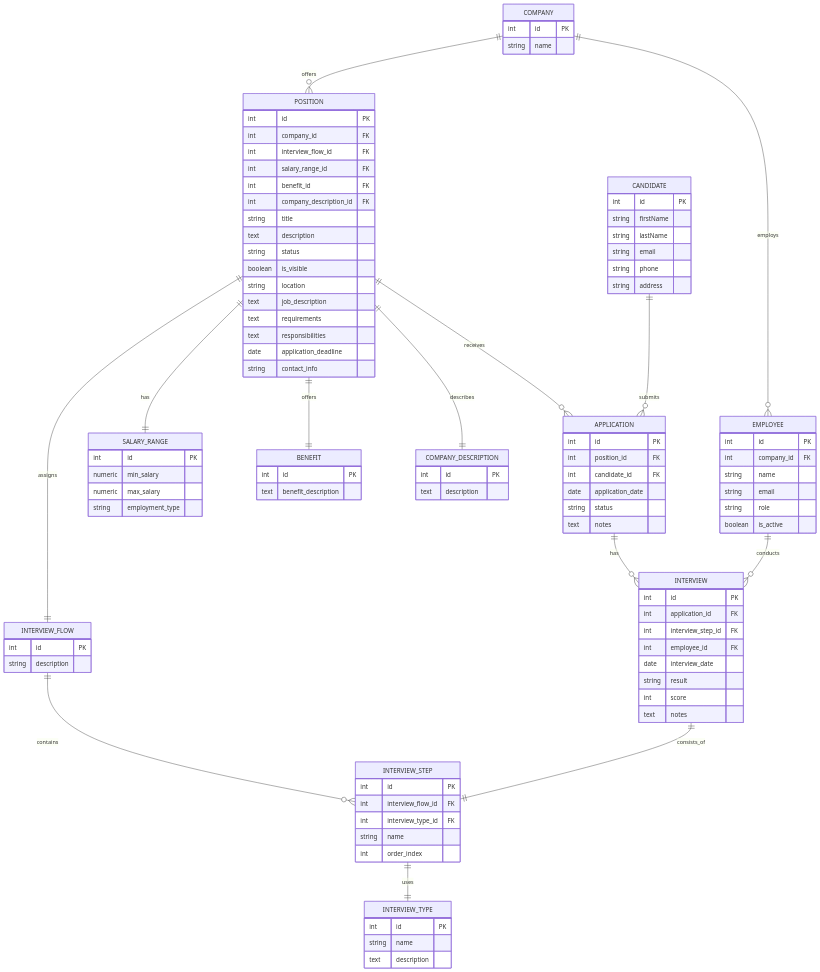
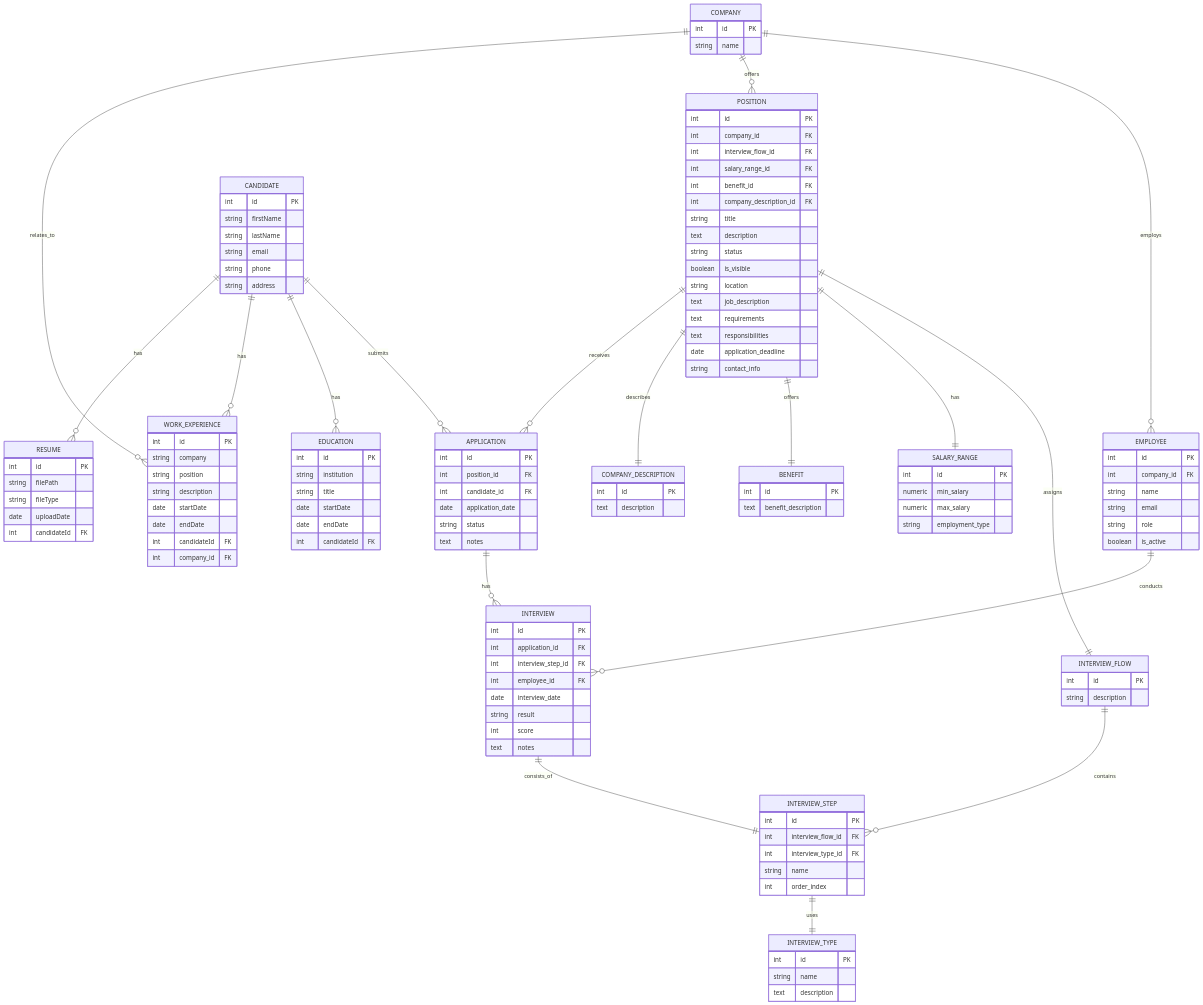
One commit to LIDR-academy/AI4Devs-db-202404 changed the diagram in backend/ERD.md. Above: the diagram before and after it, drawn with Mermaid.

Commit message:
Updated ERD based on prisma file.

````diff
--- a/backend/ERD.md
+++ b/backend/ERD.md
@@ -68,6 +68,31 @@
     string phone
     string address
 }
+EDUCATION {
+    int id PK
+    string institution
+    string title
+    date startDate
+    date endDate
+    int candidateId FK
+}
+WORK_EXPERIENCE {
+    int id PK
+    string company
+    string position
+    string description
+    date startDate
+    date endDate
+    int candidateId FK
+    int company_id FK
+}
+RESUME {
+    int id PK
+    string filePath
+    string fileType
+    date uploadDate
+    int candidateId FK
+}
 APPLICATION {
     int id PK
     int position_id FK
@@ -100,4 +125,8 @@
 APPLICATION ||--o{ INTERVIEW : has
 INTERVIEW ||--|| INTERVIEW_STEP : consists_of
 EMPLOYEE ||--o{ INTERVIEW : conducts
+CANDIDATE ||--o{ EDUCATION : has
+CANDIDATE ||--o{ WORK_EXPERIENCE : has
+CANDIDATE ||--o{ RESUME : has
+COMPANY ||--o{ WORK_EXPERIENCE : relates_to
 ```
````
